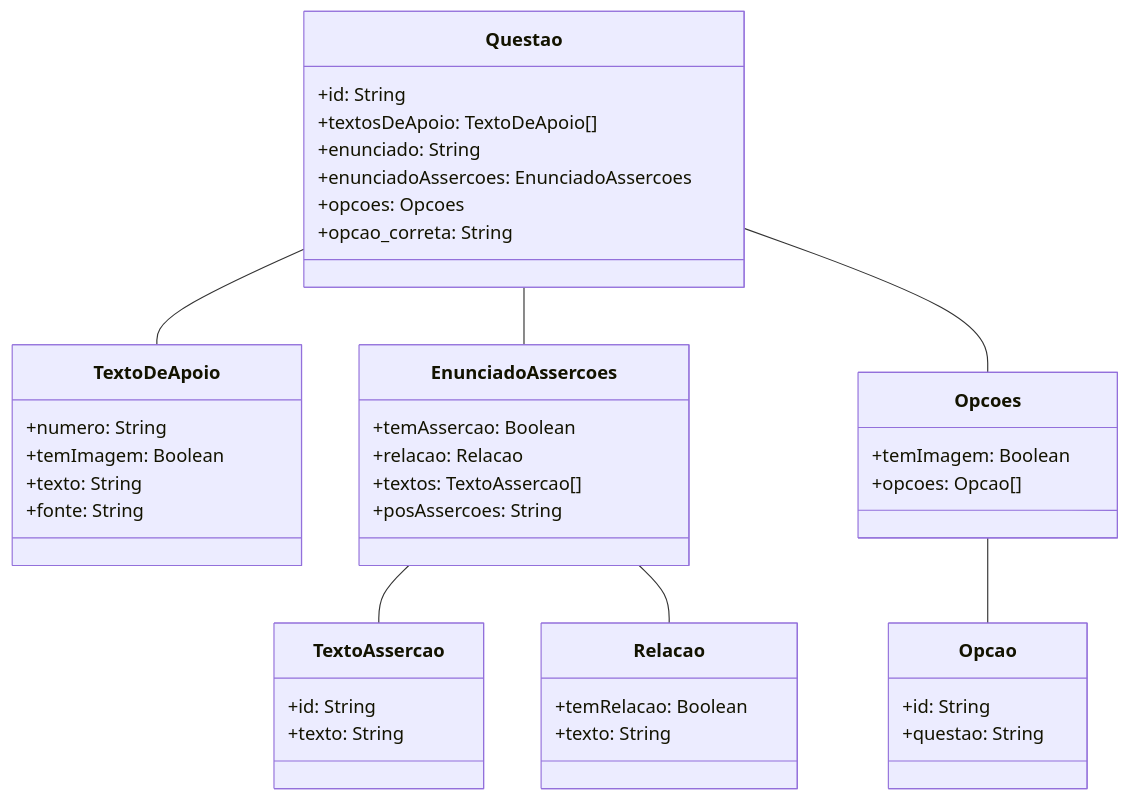
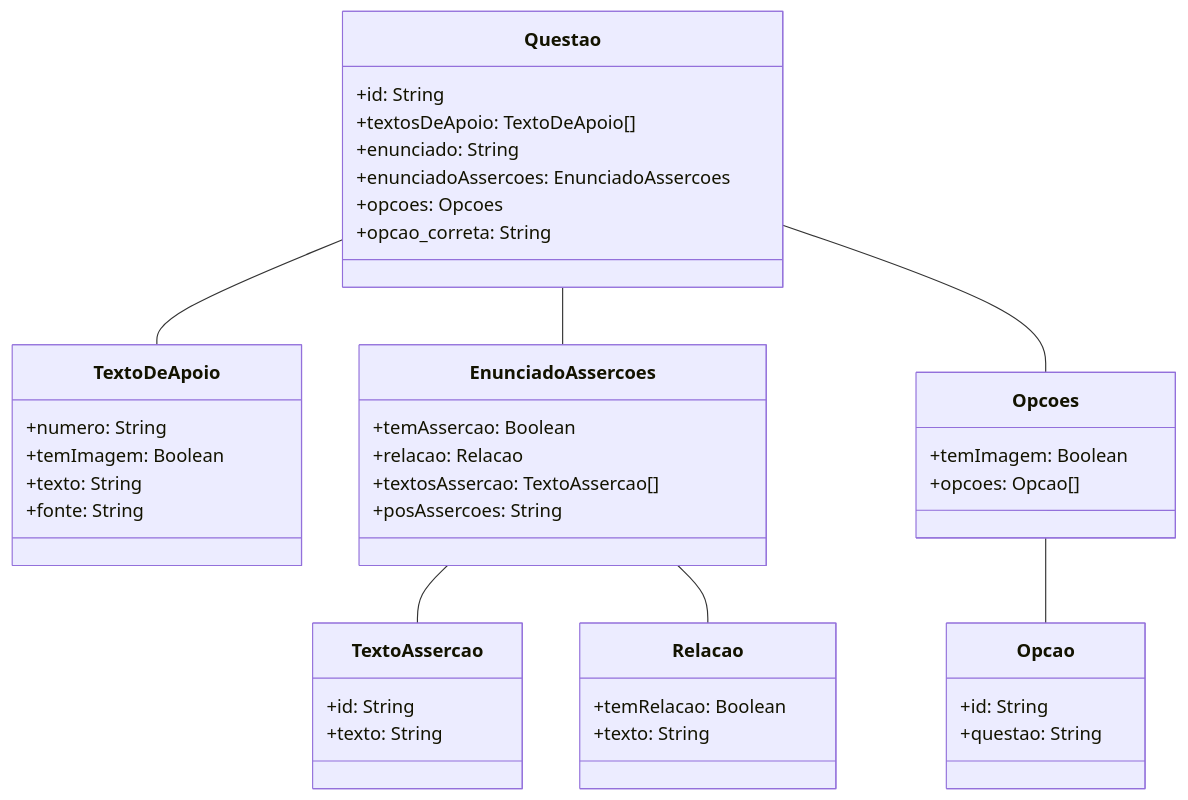
Before and after one commit to LeviPereira9/primeiraapi: the diagram in README.md, drawn with Mermaid.

````diff
--- a/README.md
+++ b/README.md
@@ -4,52 +4,52 @@
 ```mermaid
 classDiagram
     class Questao {
         +id: String
         +textosDeApoio: TextoDeApoio[]
         +enunciado: String
         +enunciadoAssercoes: EnunciadoAssercoes
         +opcoes: Opcoes
         +opcao_correta: String
     }
 
     class TextoDeApoio {
         +numero: String
         +temImagem: Boolean
         +texto: String
         +fonte: String
     }
 
     class EnunciadoAssercoes {
         +temAssercao: Boolean
         +relacao: Relacao
-        +textos: TextoAssercao[]
+        +textosAssercao: TextoAssercao[]
         +posAssercoes: String
     }
 
     class Relacao {
         +temRelacao: Boolean
         +texto: String
     }
 
     class TextoAssercao {
         +id: String
         +texto: String
     }
 
     class Opcoes {
         +temImagem: Boolean
         +opcoes: Opcao[]
     }
 
     class Opcao {
         +id: String
         +questao: String
     }
 
     Questao -- TextoDeApoio
     Questao -- EnunciadoAssercoes
     Questao -- Opcoes
     Opcoes -- Opcao
     EnunciadoAssercoes -- TextoAssercao
     EnunciadoAssercoes -- Relacao
 ```
````
